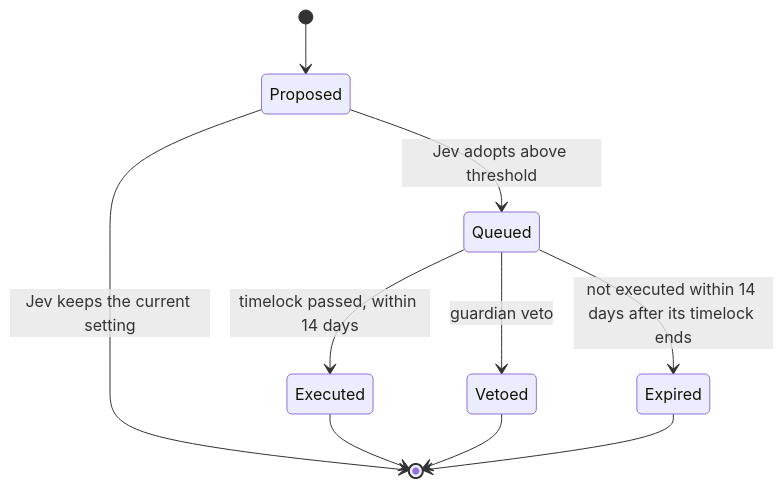
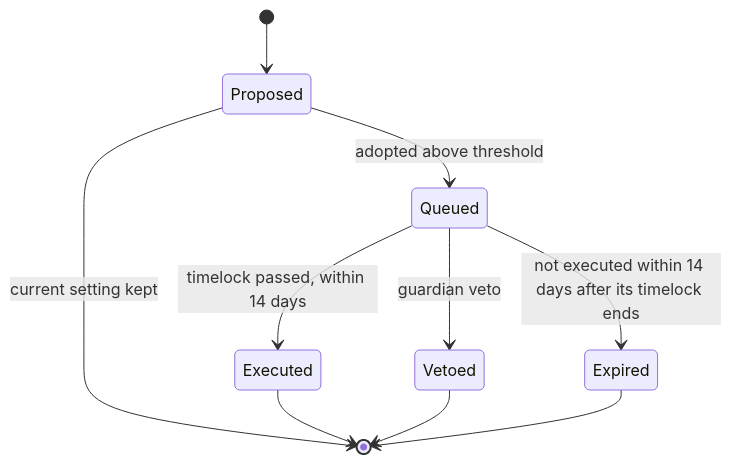
The second of 2 diagrams in docs/architecture.md (usebrainchain/brainchain), drawn with Mermaid before and after one commit. The commit also changed other lines of this file and 105 other files, not shown here.

````diff
--- a/docs/architecture.md
+++ b/docs/architecture.md
@@ -49,12 +75,12 @@
 ```mermaid
 stateDiagram-v2
     [*] --> Proposed
-    Proposed --> Queued: Jev adopts above threshold
-    Proposed --> [*]: Jev keeps the current setting
+    Proposed --> Queued: adopted above threshold
+    Proposed --> [*]: current setting kept
     Queued --> Executed: timelock passed, within 14 days
     Queued --> Vetoed: guardian veto
     Queued --> Expired: not executed within 14 days after its timelock ends
     Executed --> [*]
     Vetoed --> [*]
     Expired --> [*]
 ```
````
